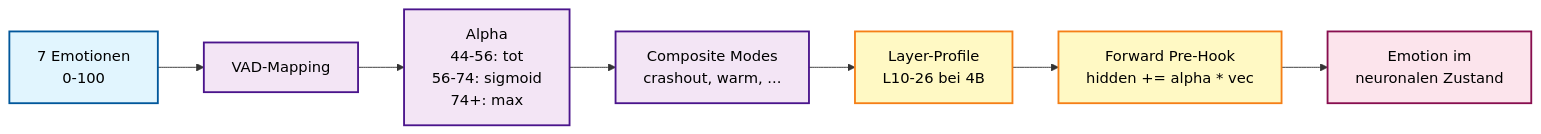
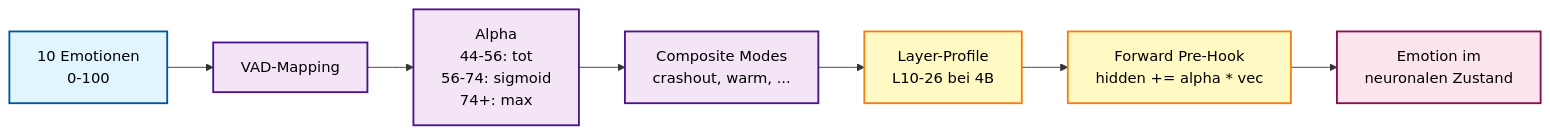
The second of 2 diagrams in README.md (017pixel/CHAPPiE), drawn with Mermaid before and after one commit. The commit also changed other lines of this file and 27 other files, not shown here.

````diff
--- a/README.md
+++ b/README.md
@@ -83,19 +83,19 @@
 ```mermaid
 flowchart LR
-    E["7 Emotionen\n0-100"] --> VAD["VAD-Mapping"]
+    E["10 Emotionen\n0-100"] --> VAD["VAD-Mapping"]
     VAD --> Alpha["Alpha\n44-56: tot\n56-74: sigmoid\n74+: max"]
     Alpha --> Modes["Composite Modes\ncrashout, warm, ..."]
     Modes --> Layers["Layer-Profile\nL10-26 bei 4B"]
     Layers --> Hook["Forward Pre-Hook\nhidden += alpha * vec"]
     Hook --> Out["Emotion im\nneuronalen Zustand"]
 
     classDef e fill:#e1f5fe,stroke:#01579b,stroke-width:2px,color:#000
     classDef p fill:#f3e5f5,stroke:#4a148c,stroke-width:2px,color:#000
     classDef l fill:#fff9c4,stroke:#f57f17,stroke-width:2px,color:#000
     classDef o fill:#fce4ec,stroke:#880e4f,stroke-width:2px,color:#000
 
     class E e
     class VAD,Alpha,Modes p
     class Layers,Hook l
     class Out o
 ```
````
